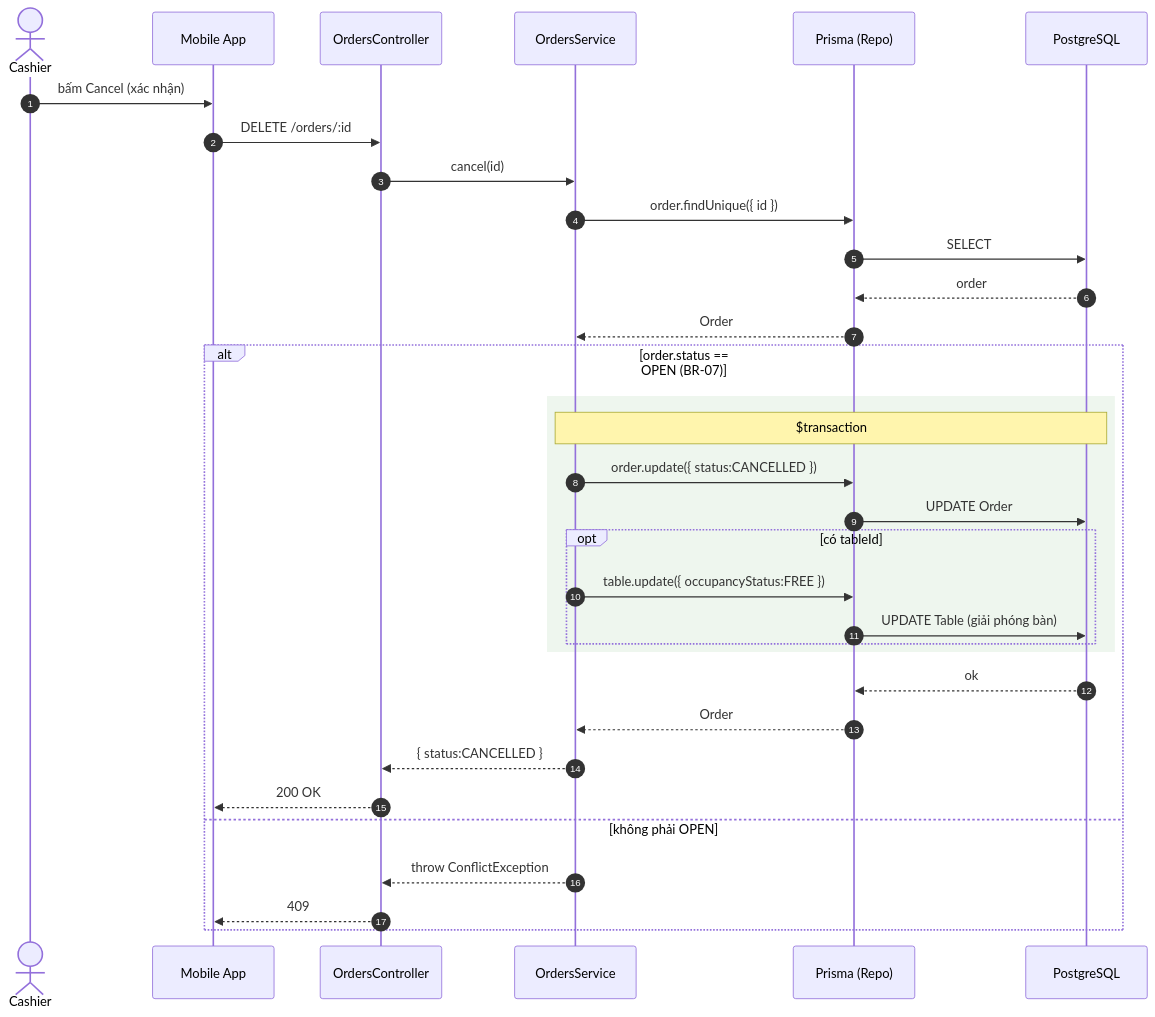
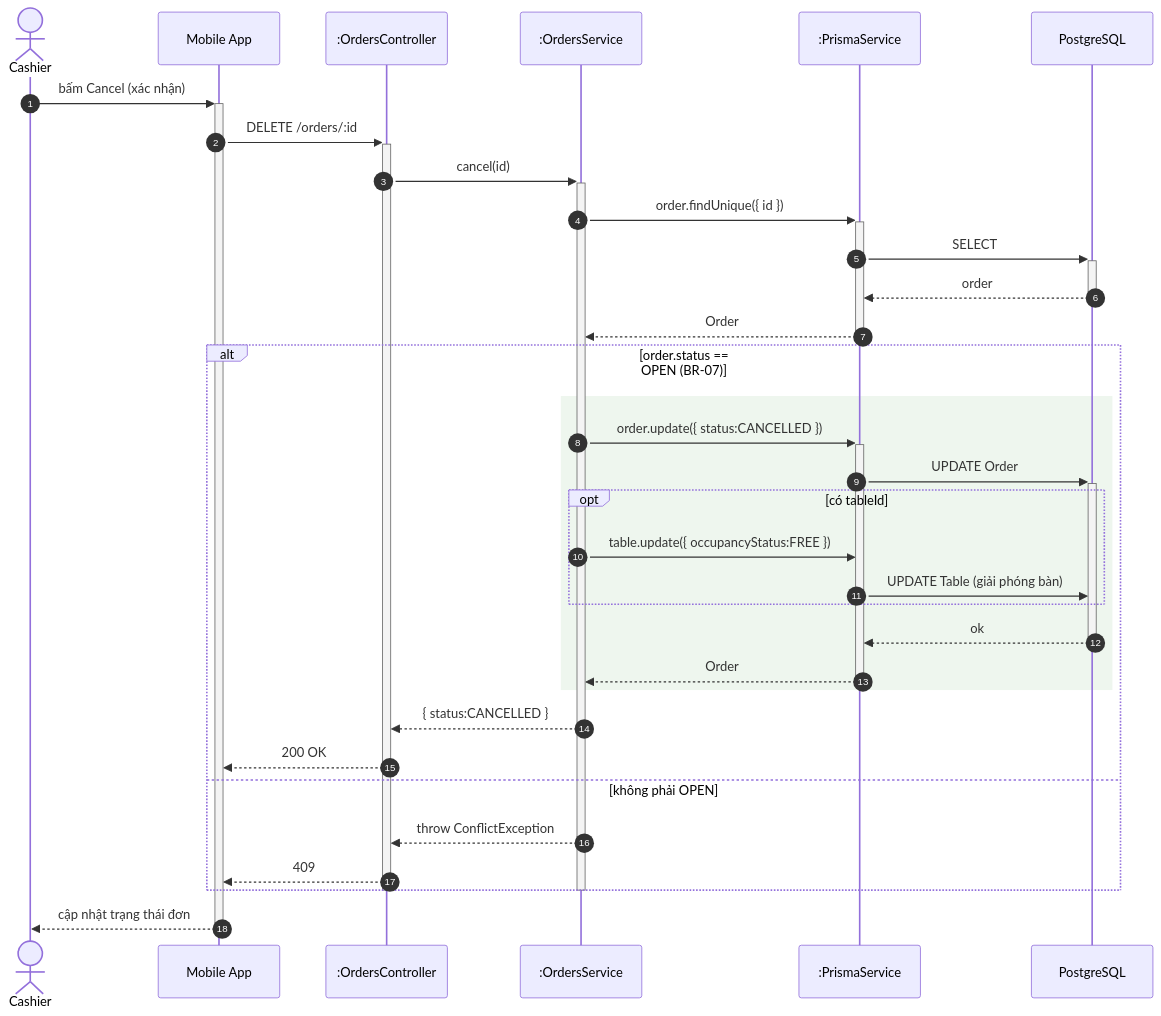
One commit to callmehai/Cafe-Shop-Management-System changed the fifth of 16 diagrams in docs/sequence-diagrams.md. Above: the diagram before and after it, drawn with Mermaid. The commit also changed other lines of this file and 1 other file, not shown here.

Commit message:
docs: add sequence and class diagrams for system architecture and use case implementation

````diff
--- a/docs/sequence-diagrams.md
+++ b/docs/sequence-diagrams.md
@@ -246,37 +252,39 @@
 ```mermaid
 sequenceDiagram
     autonumber
     actor C as Cashier
     participant App as Mobile App
-    participant API as OrdersController
-    participant SVC as OrdersService
-    participant ORM as Prisma (Repo)
+    participant API as :OrdersController
+    participant SVC as :OrdersService
+    participant ORM as :PrismaService
     participant DB as PostgreSQL
 
-    C->>App: bấm Cancel (xác nhận)
-    App->>API: DELETE /orders/:id
-    API->>SVC: cancel(id)
-    SVC->>ORM: order.findUnique({ id })
-    ORM->>DB: SELECT
-    DB-->>ORM: order
-    ORM-->>SVC: Order
+    C->>+App: bấm Cancel (xác nhận)
+    App->>+API: DELETE /orders/:id
+    API->>+SVC: cancel(id)
+    SVC->>+ORM: order.findUnique({ id })
+    ORM->>+DB: SELECT
+    DB-->>-ORM: order
+    ORM-->>-SVC: Order
 
     alt order.status == OPEN (BR-07)
         rect rgb(238,246,238)
-            Note over SVC,DB: $transaction
-            SVC->>ORM: order.update({ status:CANCELLED })
-            ORM->>DB: UPDATE Order
+            SVC->>+ORM: order.update({ status:CANCELLED })
+            ORM->>+DB: UPDATE Order
             opt có tableId
                 SVC->>ORM: table.update({ occupancyStatus:FREE })
                 ORM->>DB: UPDATE Table (giải phóng bàn)
             end
+            DB-->>-ORM: ok
+            ORM-->>-SVC: Order
         end
-        DB-->>ORM: ok
-        ORM-->>SVC: Order
         SVC-->>API: { status:CANCELLED }
         API-->>App: 200 OK
     else không phải OPEN
         SVC-->>API: throw ConflictException
         API-->>App: 409
     end
+    deactivate SVC
+    deactivate API
+    App-->>-C: cập nhật trạng thái đơn
 ```
````
